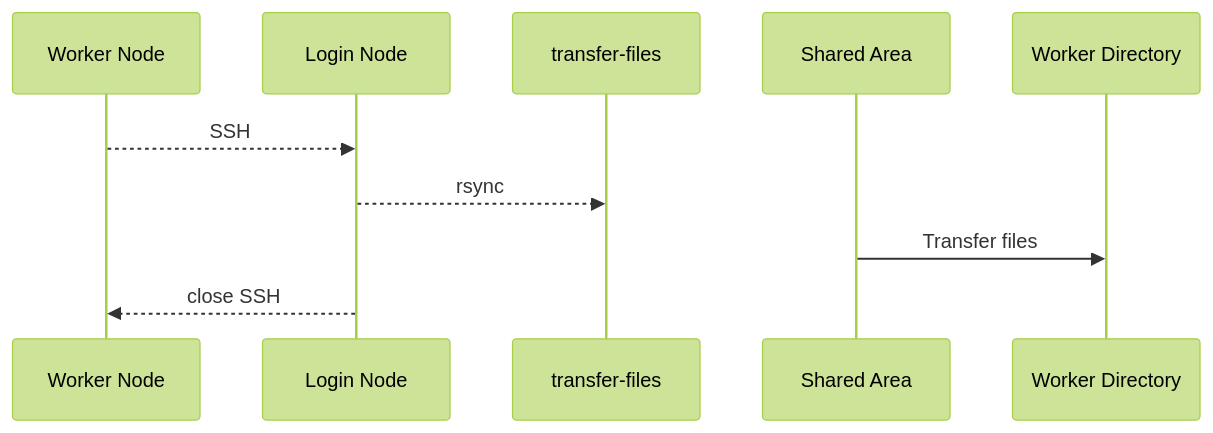
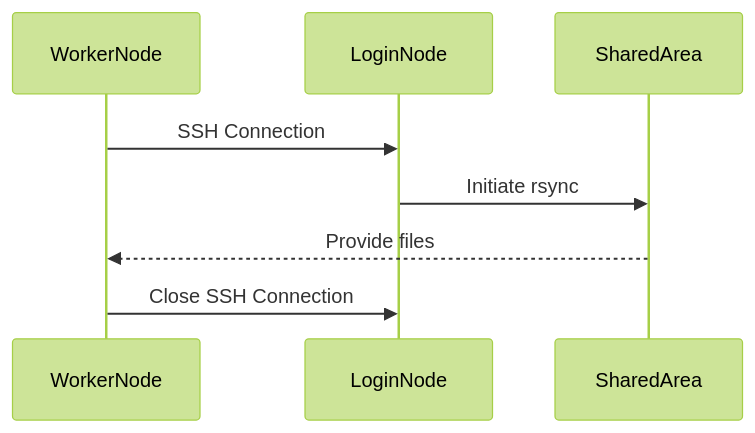
Before and after one commit to Carldkennedy/hpc_workflow_recipes: the diagram in README.md, drawn with Mermaid (forest theme).

Commit message:
Update mermaid

````diff
--- a/README.md
+++ b/README.md
@@ -68,7 +68,7 @@
 ```mermaid
 sequenceDiagram
-    Worker Node-->>Login Node: SSH
-    Login Node-->>transfer-files: rsync
-    Shared Area->>Worker Directory: Transfer files
-    Login Node-->>Worker Node: close SSH
+    WorkerNode->>LoginNode: SSH Connection
+    LoginNode->>SharedArea: Initiate rsync
+    SharedArea-->>WorkerNode: Provide files
+    WorkerNode->>LoginNode: Close SSH Connection
 ```
````
